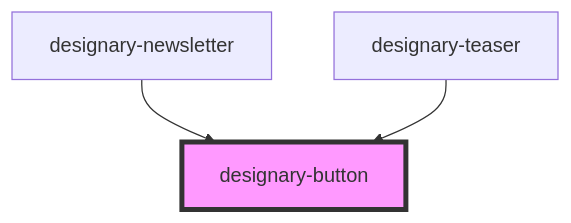
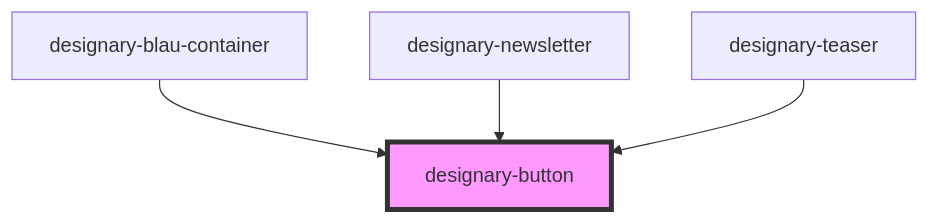
The diagram in src/components/designary-button/readme.md (BluescreenCreator/StencilJS-Designary), drawn with Mermaid before and after one commit. The commit also changed other lines of this file and 4 other files, not shown here.

````diff
--- a/src/components/designary-button/readme.md
+++ b/src/components/designary-button/readme.md
@@ -25,6 +26,7 @@
 ```mermaid
 graph TD;
+  designary-blau-container --> designary-button
   designary-newsletter --> designary-button
   designary-teaser --> designary-button
   style designary-button fill:#f9f,stroke:#333,stroke-width:4px
 ```
````
